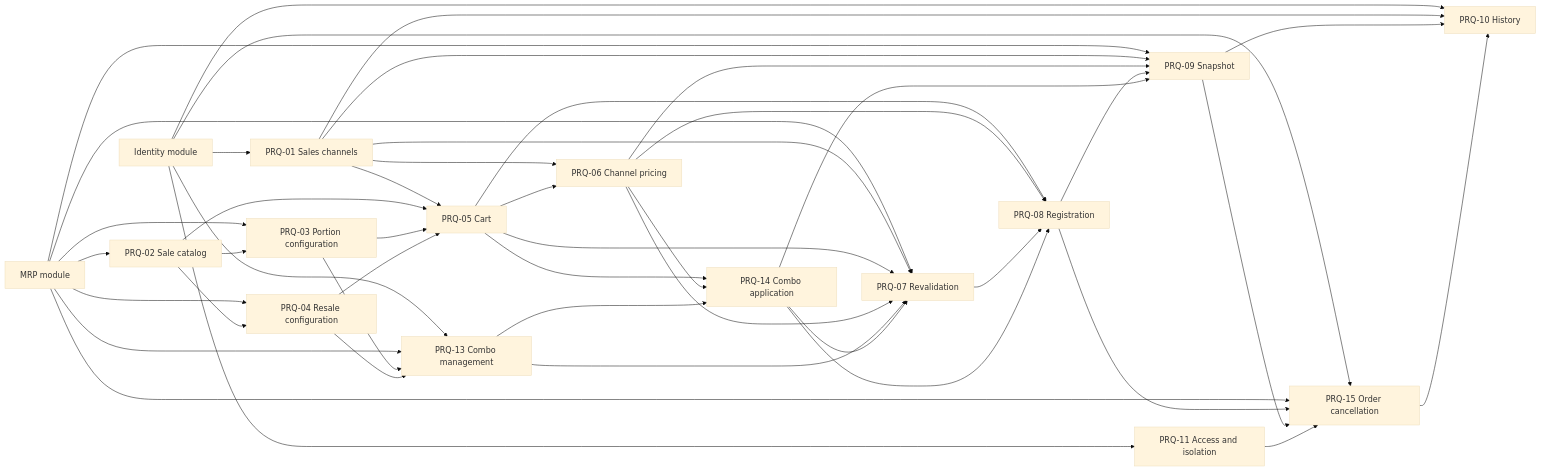
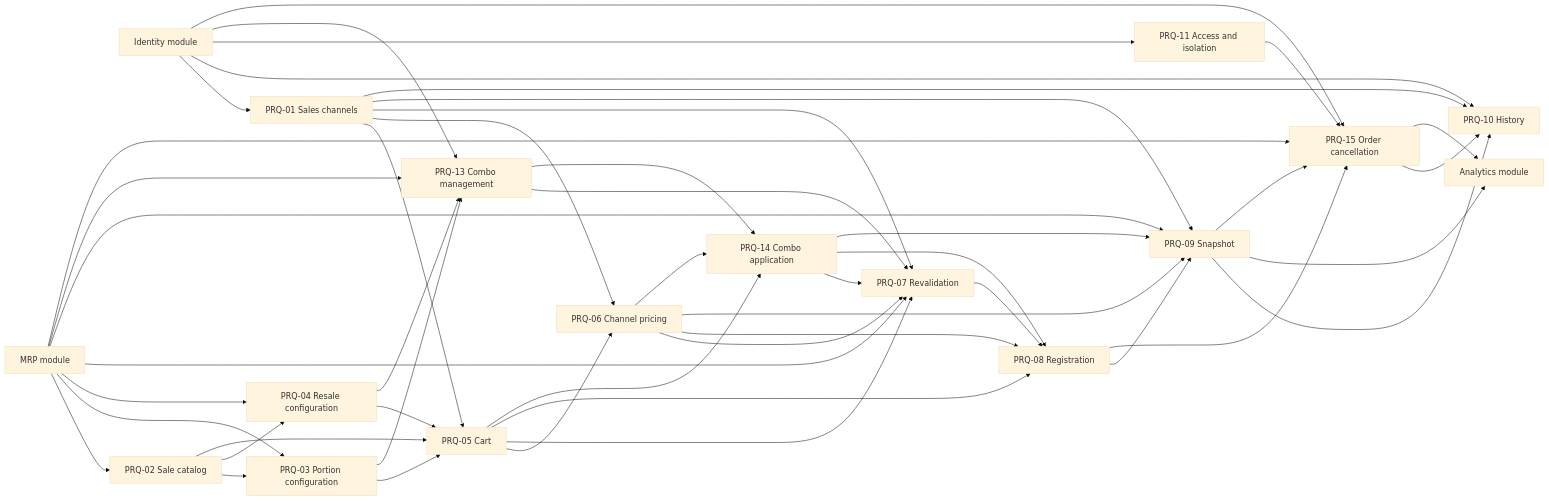
One commit to rafinel/scoops changed the diagram in documentation/prds/pdv.md. Above: the diagram before and after it, drawn with Mermaid (base theme). The commit also changed other lines of this file and 13 other files, not shown here.

````diff
--- a/documentation/prds/pdv.md
+++ b/documentation/prds/pdv.md
@@ -1040,64 +1059,67 @@
 ```mermaid
 flowchart LR
     Identity["Identity module"]
     MRP["MRP module"]
+    Analytics["Analytics module"]
     R01["PRQ-01 Sales channels"]
     R02["PRQ-02 Sale catalog"]
     R03["PRQ-03 Portion configuration"]
     R04["PRQ-04 Resale configuration"]
     R05["PRQ-05 Cart"]
     R06["PRQ-06 Channel pricing"]
     R07["PRQ-07 Revalidation"]
     R08["PRQ-08 Registration"]
     R09["PRQ-09 Snapshot"]
     R10["PRQ-10 History"]
     R11["PRQ-11 Access and isolation"]
     R13["PRQ-13 Combo management"]
     R14["PRQ-14 Combo application"]
     R15["PRQ-15 Order cancellation"]
 
     Identity --> R01
     Identity --> R10
     Identity --> R11
     Identity --> R13
     Identity --> R15
     MRP --> R02
     MRP --> R03
     MRP --> R04
     MRP --> R07
     MRP --> R09
     MRP --> R13
     MRP --> R15
     R01 --> R05
     R01 --> R06
     R01 --> R07
     R01 --> R09
     R01 --> R10
     R02 --> R03
     R02 --> R04
     R02 --> R05
     R03 --> R05
     R03 --> R13
     R04 --> R05
     R04 --> R13
     R05 --> R06
     R05 --> R07
     R05 --> R08
     R05 --> R14
     R06 --> R07
     R06 --> R08
     R06 --> R09
     R06 --> R14
     R07 --> R08
     R08 --> R09
     R09 --> R10
+    R09 --> Analytics
     R13 --> R07
     R13 --> R14
     R14 --> R07
     R14 --> R08
     R14 --> R09
     R08 --> R15
     R09 --> R15
     R11 --> R15
     R15 --> R10
+    R15 --> Analytics
 ```
````
